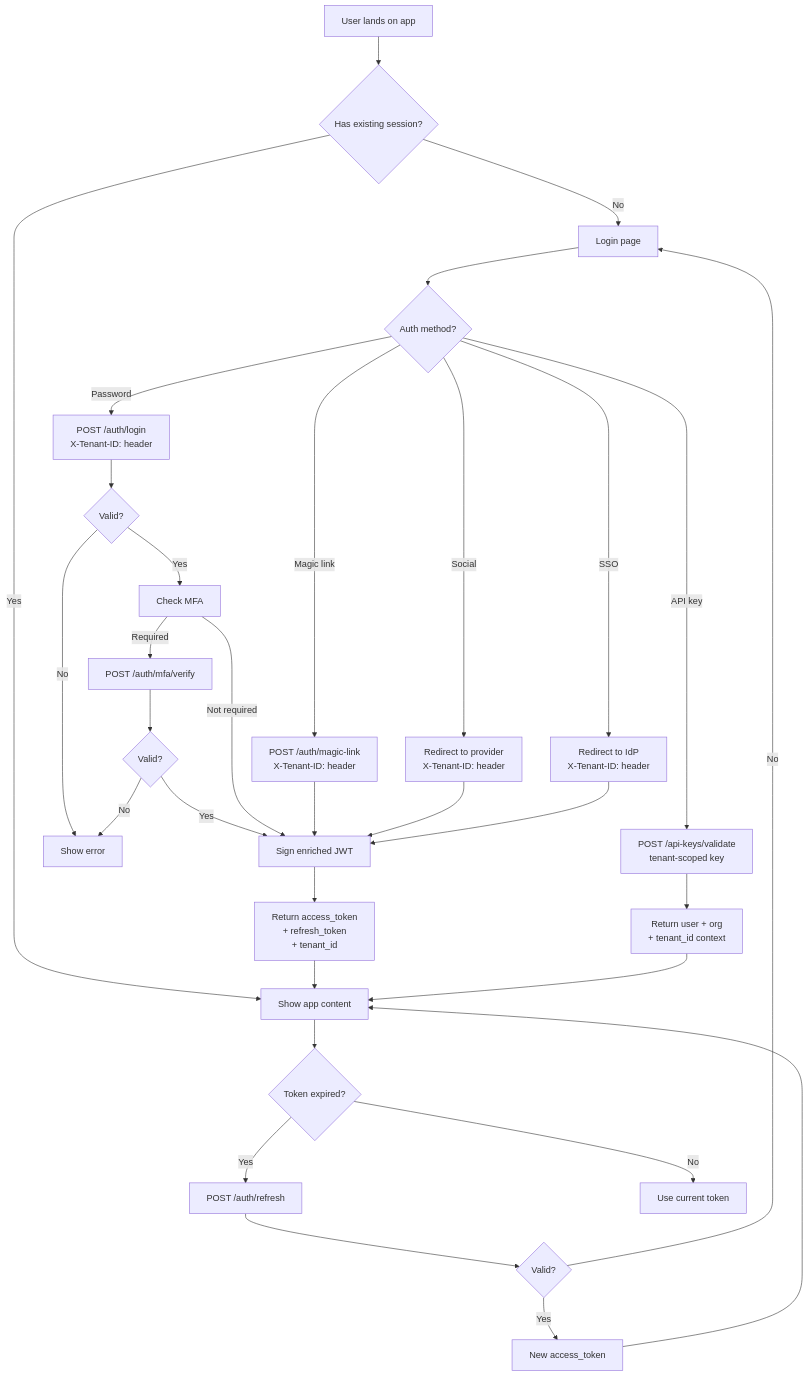
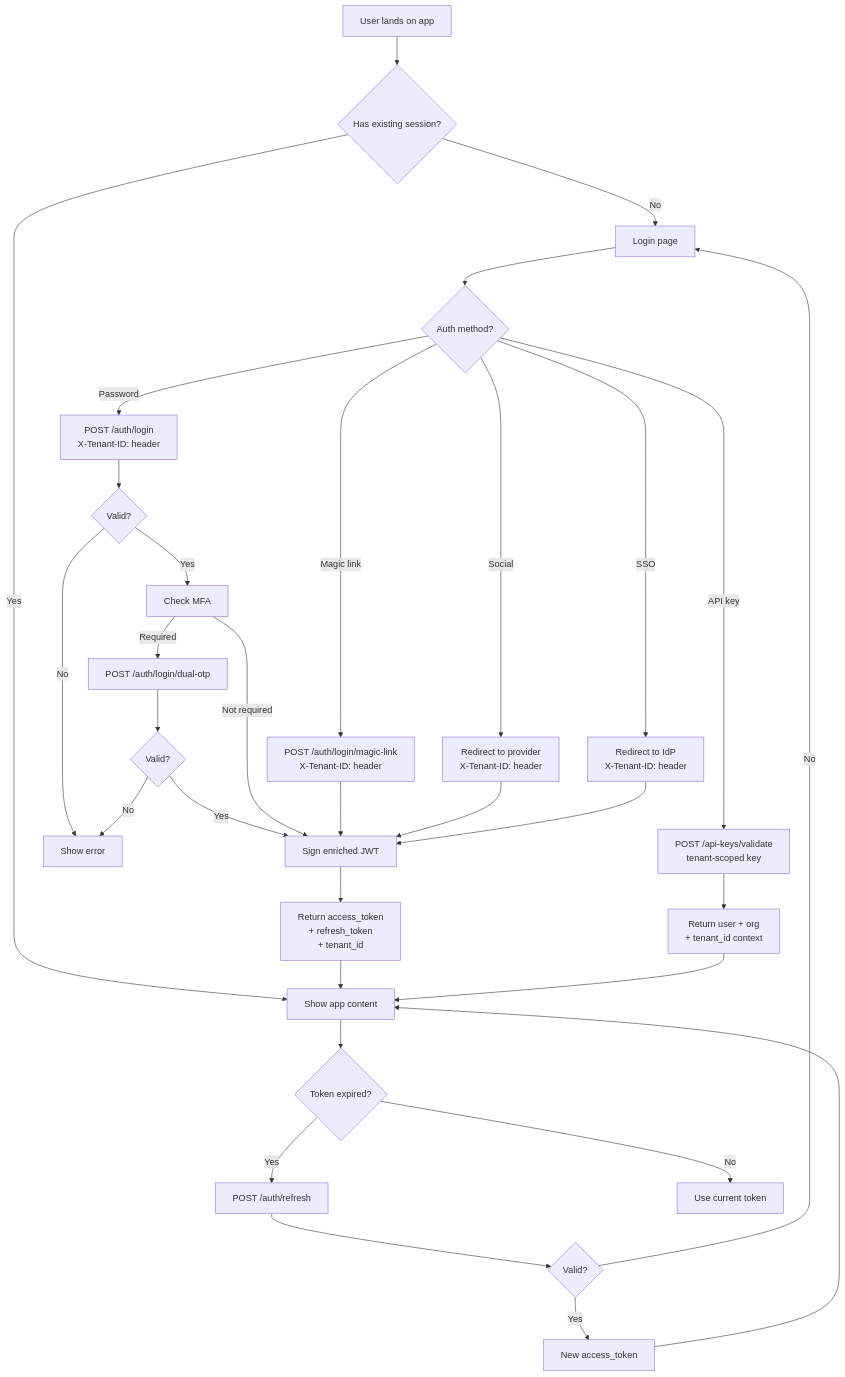
Before and after one commit to microscaler/sesame-idam: the fourth of 14 diagrams in docs/design-doc.md, drawn with Mermaid. The commit also changed other lines of this file and 23 other files, not shown here.

````diff
--- a/docs/design-doc.md
+++ b/docs/design-doc.md
@@ -606,34 +606,34 @@
 ```mermaid
 flowchart TD
     A[User lands on app] --> B{Has existing session?}
     B -->|No| C[Login page]
     B -->|Yes| D[Show app content]
     C --> E{Auth method?}
     E -->|Password| F[POST /auth/login<br/>X-Tenant-ID: header]
-    E -->|Magic link| G[POST /auth/magic-link<br/>X-Tenant-ID: header]
+    E -->|Magic link| G[POST /auth/login/magic-link<br/>X-Tenant-ID: header]
     E -->|Social| H[Redirect to provider<br/>X-Tenant-ID: header]
     E -->|SSO| I[Redirect to IdP<br/>X-Tenant-ID: header]
     E -->|API key| J[POST /api-keys/validate<br/>tenant-scoped key]
     F --> K{Valid?}
     K -->|No| L[Show error]
     K -->|Yes| M[Check MFA]
-    M -->|Required| N[POST /auth/mfa/verify]
+    M -->|Required| N[POST /auth/login/dual-otp]
     N --> O{Valid?}
     O -->|No| L
     O -->|Yes| P[Sign enriched JWT]
     M -->|Not required| P
     P --> Q[Return access_token<br/>+ refresh_token<br/>+ tenant_id]
     Q --> D
     G --> P
     H --> P
     I --> P
     J --> R[Return user + org<br/>+ tenant_id context]
     R --> D
     D --> S{Token expired?}
     S -->|Yes| T[POST /auth/refresh]
     S -->|No| U[Use current token]
     T --> V{Valid?}
     V -->|No| C
     V -->|Yes| W[New access_token]
     W --> D
 ```
````
